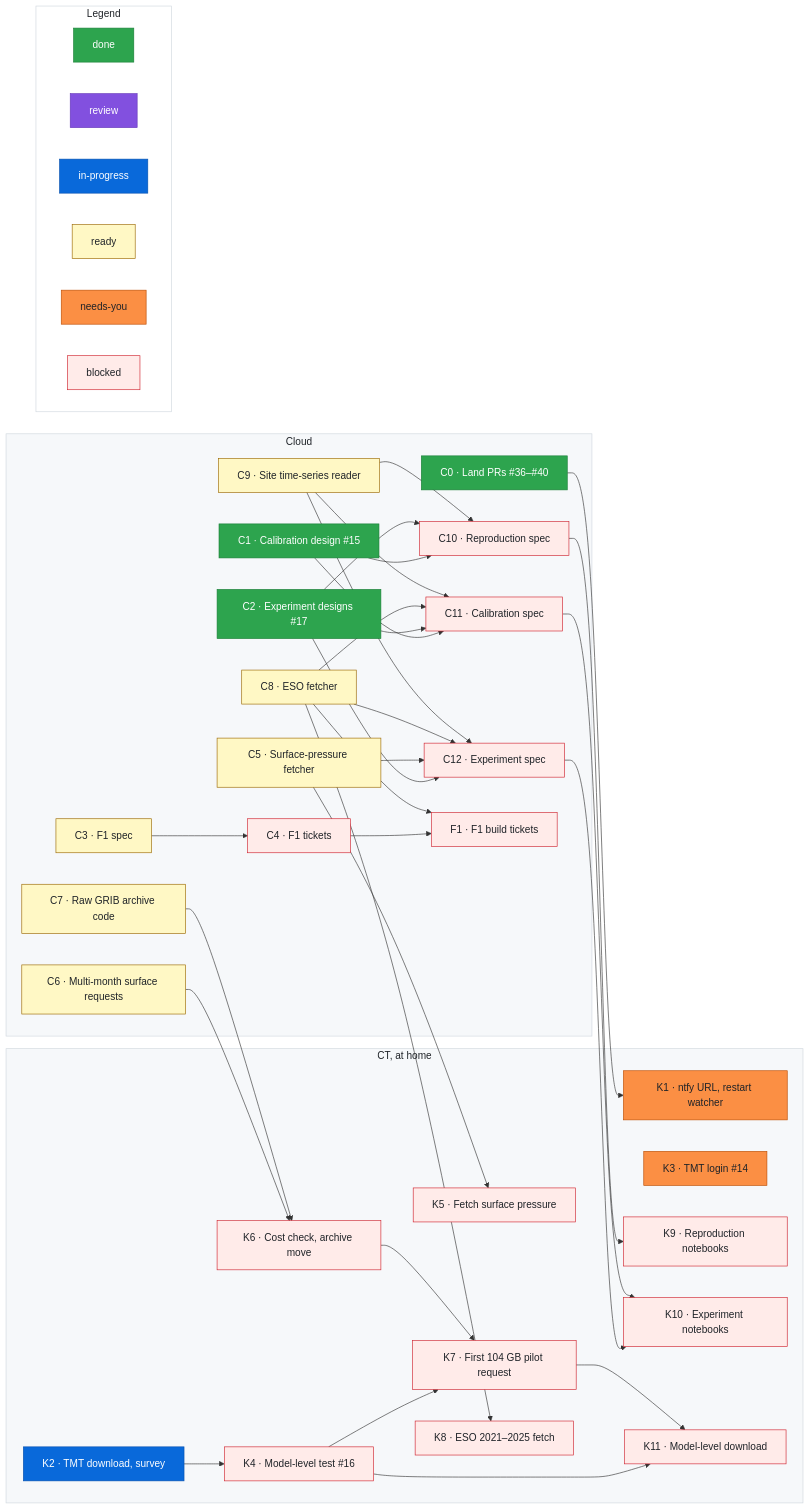
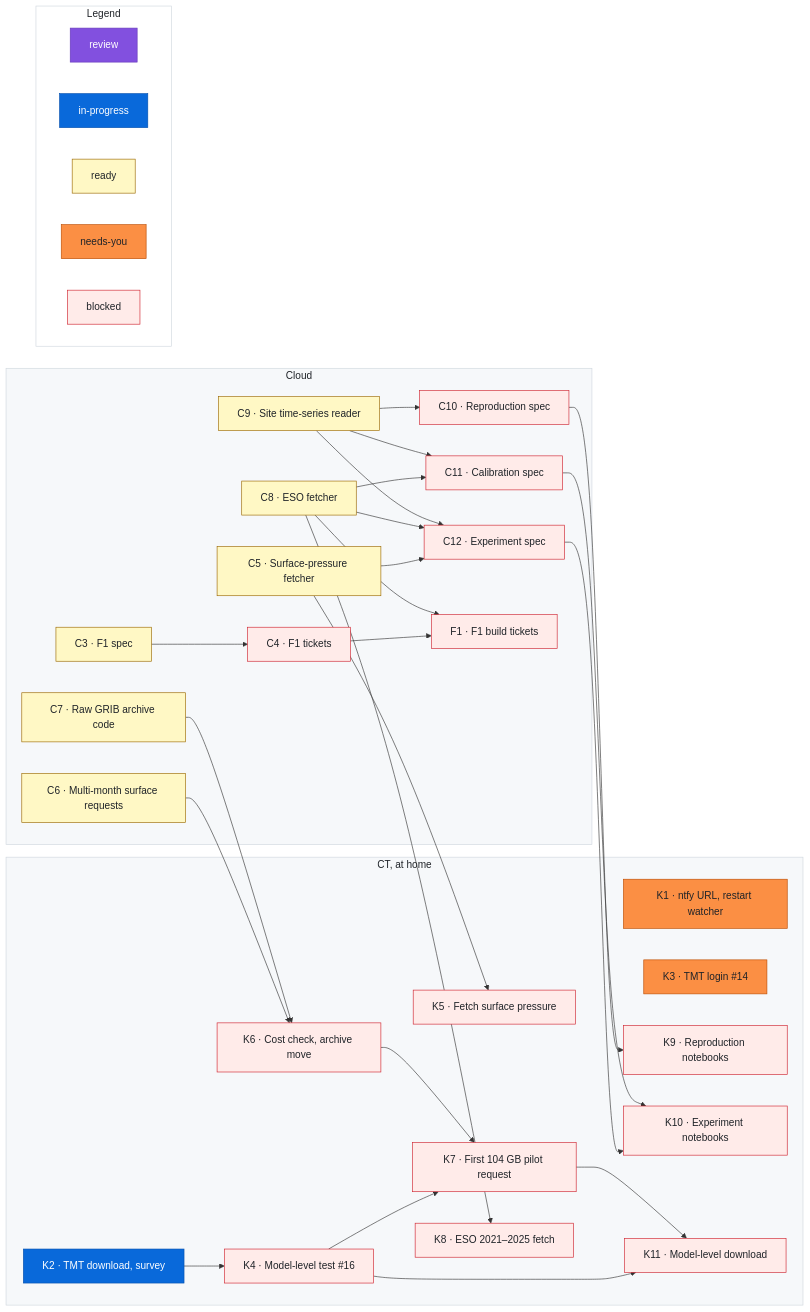
Before and after one commit to rrweller/Astro-seeing: the diagram in docs/roadmap.md, drawn with Mermaid. The commit also changed other lines of this file and 3 other files, not shown here.

First line of the commit message:
Roadmap: delete finished items instead of marking them done (D70)

````diff
--- a/docs/roadmap.md
+++ b/docs/roadmap.md
@@ -75,9 +69,6 @@
 ```mermaid
 flowchart LR
   subgraph cloud["Cloud"]
-    C0["C0 · Land PRs #36–#40"]
-    C1["C1 · Calibration design #15"]
-    C2["C2 · Experiment designs #17"]
     C3["C3 · F1 spec"]
     C4["C4 · F1 tickets"]
     C5["C5 · Surface-pressure fetcher"]
@@ -105,21 +96,15 @@
   end
   C3 --> C4 --> F1
   C8 --> F1
-  C1 --> C10
-  C2 --> C10
   C9 --> C10
-  C1 --> C11
-  C2 --> C11
   C8 --> C11
   C9 --> C11
-  C0 --> K1
   K2 --> K4 --> K7
   C5 --> K5
   C6 --> K6
   C7 --> K6 --> K7
   C8 --> K8
   C10 --> K9
-  C2 --> C12
   C5 --> C12
   C8 --> C12
   C9 --> C12
@@ -129,7 +114,6 @@
   K7 --> K11
   subgraph legend["Legend"]
     direction LR
-    Ldone["done"]:::done
     Lreview["review"]:::review
     Lprog["in-progress"]:::inprogress
     Lready["ready"]:::ready
@@ -139,19 +123,12 @@
   style cloud fill:#f6f8fa,stroke:#d0d7de,color:#1f2328
   style ct fill:#f6f8fa,stroke:#d0d7de,color:#1f2328
   style legend fill:#ffffff,stroke:#d0d7de,color:#1f2328
-  classDef done fill:#2da44e,stroke:#1a7f37,color:#ffffff
   classDef review fill:#8250df,stroke:#6639ba,color:#ffffff
   classDef inprogress fill:#0969da,stroke:#0550ae,color:#ffffff
   classDef ready fill:#fff8c5,stroke:#9a6700,color:#1f2328
   classDef needsyou fill:#fb8f44,stroke:#bc4c00,color:#1f2328
   classDef blocked fill:#ffebe9,stroke:#cf222e,color:#1f2328
   %% Status lines: one per item, each followed by a `%% ---` spacer. Sessions change only the last word.
-  class C0 done
-  %% ---
-  class C1 done
-  %% ---
-  class C2 done
-  %% ---
   class C3 ready
   %% ---
   class C4 blocked
````
